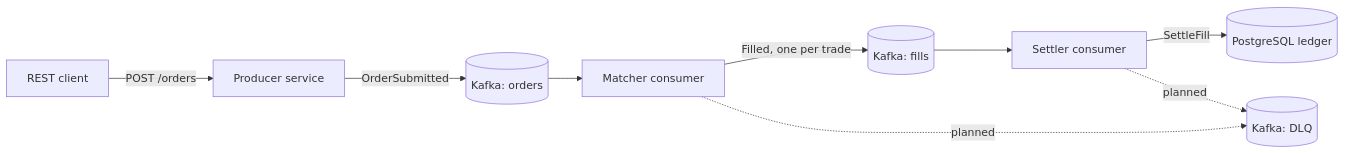
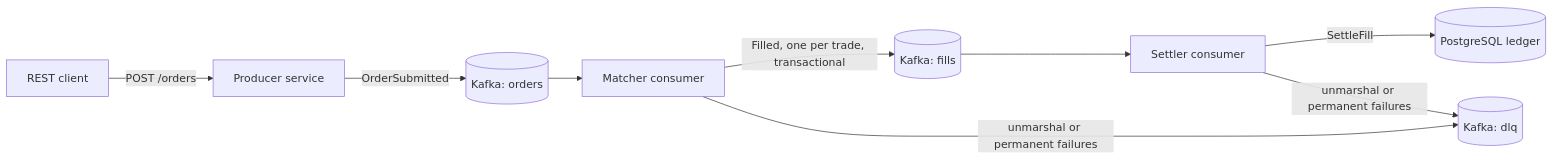
One commit to BennerG/exchange changed the diagram in README.md. Above: the diagram before and after it, drawn with Mermaid. The commit also changed other lines of this file, not shown here.

First line of the commit message:
docs: Update README for DLQ routing and the fully atomic matcher

````diff
--- a/README.md
+++ b/README.md
@@ -13,11 +13,11 @@
 ```mermaid
 flowchart LR
     Client[REST client] -->|POST /orders| Producer[Producer service]
     Producer -->|OrderSubmitted| OrdersTopic[(Kafka: orders)]
     OrdersTopic --> Matcher[Matcher consumer]
-    Matcher -->|Filled, one per trade| FillsTopic[(Kafka: fills)]
-    Matcher -.->|planned| DLQ[(Kafka: DLQ)]
+    Matcher -->|Filled, one per trade, transactional| FillsTopic[(Kafka: fills)]
+    Matcher -->|unmarshal or permanent failures| DLQ[(Kafka: dlq)]
     FillsTopic --> Settler[Settler consumer]
     Settler -->|SettleFill| Postgres[(PostgreSQL ledger)]
-    Settler -.->|planned| DLQ
+    Settler -->|unmarshal or permanent failures| DLQ
 ```
````
